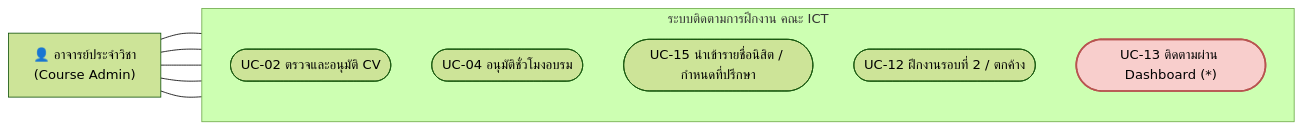
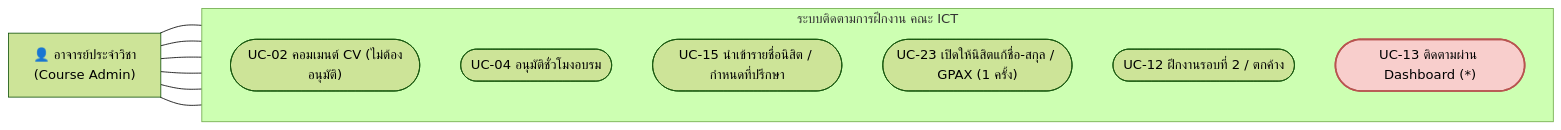
Before and after one commit to Whyer2005/ICT_Internship_tracking_system: the third of 5 diagrams in docs/requirements/diagrams/10_USE_CASE_BY_ROLE.md, drawn with Mermaid (forest theme). The commit also changed other lines of this file and 20 other files, not shown here.

Commit message:
อัพเดต diagrams และ เอกสาร

````diff
--- a/docs/requirements/diagrams/10_USE_CASE_BY_ROLE.md
+++ b/docs/requirements/diagrams/10_USE_CASE_BY_ROLE.md
@@ -70,15 +82,16 @@
 ```mermaid
 flowchart LR
     A["👤 อาจารย์ประจำวิชา<br/>(Course Admin)"]
     subgraph SYS["ระบบติดตามการฝึกงาน คณะ ICT"]
         direction TB
-        UC02(["UC-02 ตรวจและอนุมัติ CV"])
+        UC02(["UC-02 คอมเมนต์ CV (ไม่ต้องอนุมัติ)"])
         UC04(["UC-04 อนุมัติชั่วโมงอบรม"])
         UC15(["UC-15 นำเข้ารายชื่อนิสิต / กำหนดที่ปรึกษา"])
+        UC23(["UC-23 เปิดให้นิสิตแก้ชื่อ-สกุล / GPAX (1 ครั้ง)"])
         UC12(["UC-12 ฝึกงานรอบที่ 2 / ตกค้าง"])
         UC13(["UC-13 ติดตามผ่าน Dashboard (*)"])
     end
-    A --- UC02 & UC04 & UC15 & UC12 & UC13
+    A --- UC02 & UC04 & UC15 & UC23 & UC12 & UC13
     classDef red fill:#f8cecc,stroke:#b85450,stroke-width:2px
     class UC13 red
 ```
````
